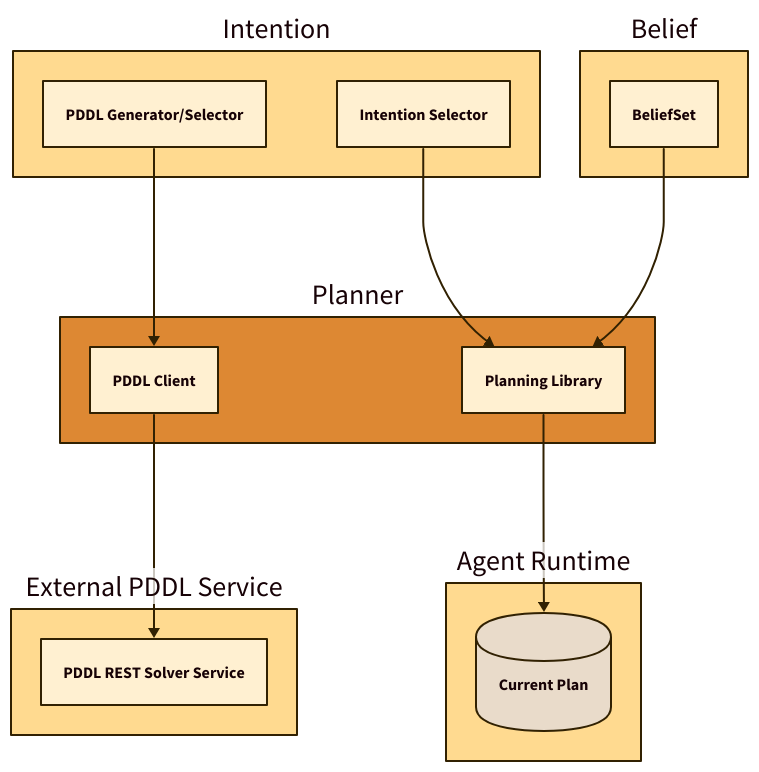
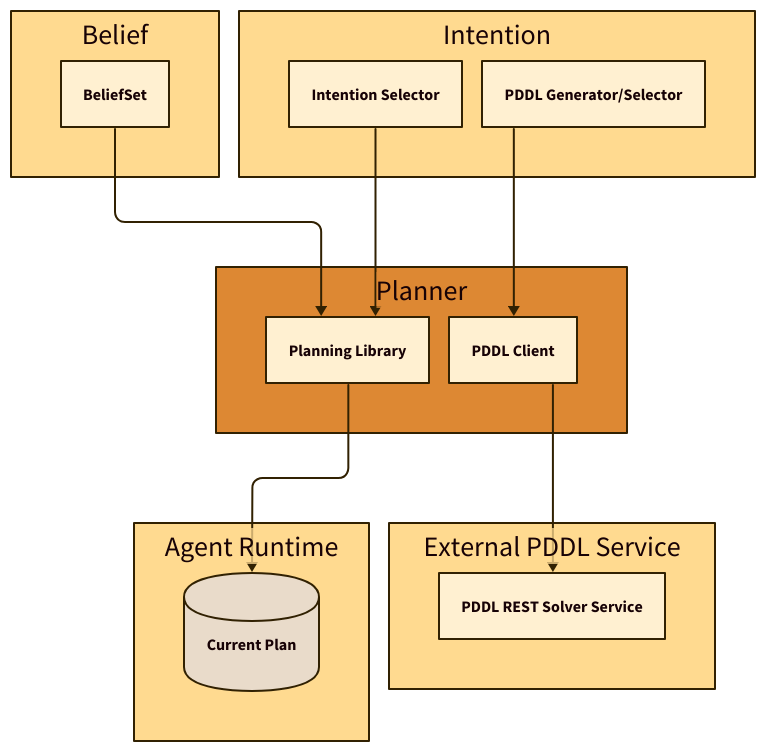
One commit to LuigiMiazzo17/unitn-autonomusSoftwareAgents changed the diagram in presentation/diagrams/planner.d2. Above: the diagram before and after it, drawn with D2. The commit also changed 6 other files, not shown here. The source asks for the TALA layout; these drawings use dagre instead.

```diff
--- a/presentation/diagrams/planner.d2
+++ b/presentation/diagrams/planner.d2
@@ -1,57 +1,57 @@
 vars: {
   d2-config: {
-    layout-engine: tala
+    layout-engine: elk
     theme-id: 105
   }
 }
 
 pddlSolver: {
   label: "External PDDL Service"
   rest: {
     label: "PDDL REST Solver Service"
   }
 }
 
 beliefs: {
   label: "Belief"
   state: {
     label: "BeliefSet"
   }
 }
 
 agentRuntime: {
   label: "Agent Runtime"
   plan: {
     label: "Current Plan"
     shape: cylinder
   }
 }
 
 intention: {
   label: "Intention"
   selector: {
     label: "Intention Selector"
   }
   pddl: {
     label: "PDDL Generator/Selector"
   }
 }
 
 planner: {
   label: "Planner"
   style: {
     fill: "#dd8833"
   }
   lib: {
     label: "Planning Library"
   }
   pddl: {
     label: "PDDL Client"
   }
 }
 
 intention.pddl -> planner.pddl
 intention.selector -> planner.lib
 planner.pddl -> pddlSolver.rest
 planner.lib -> agentRuntime.plan
 beliefs.state -> planner.lib
```
